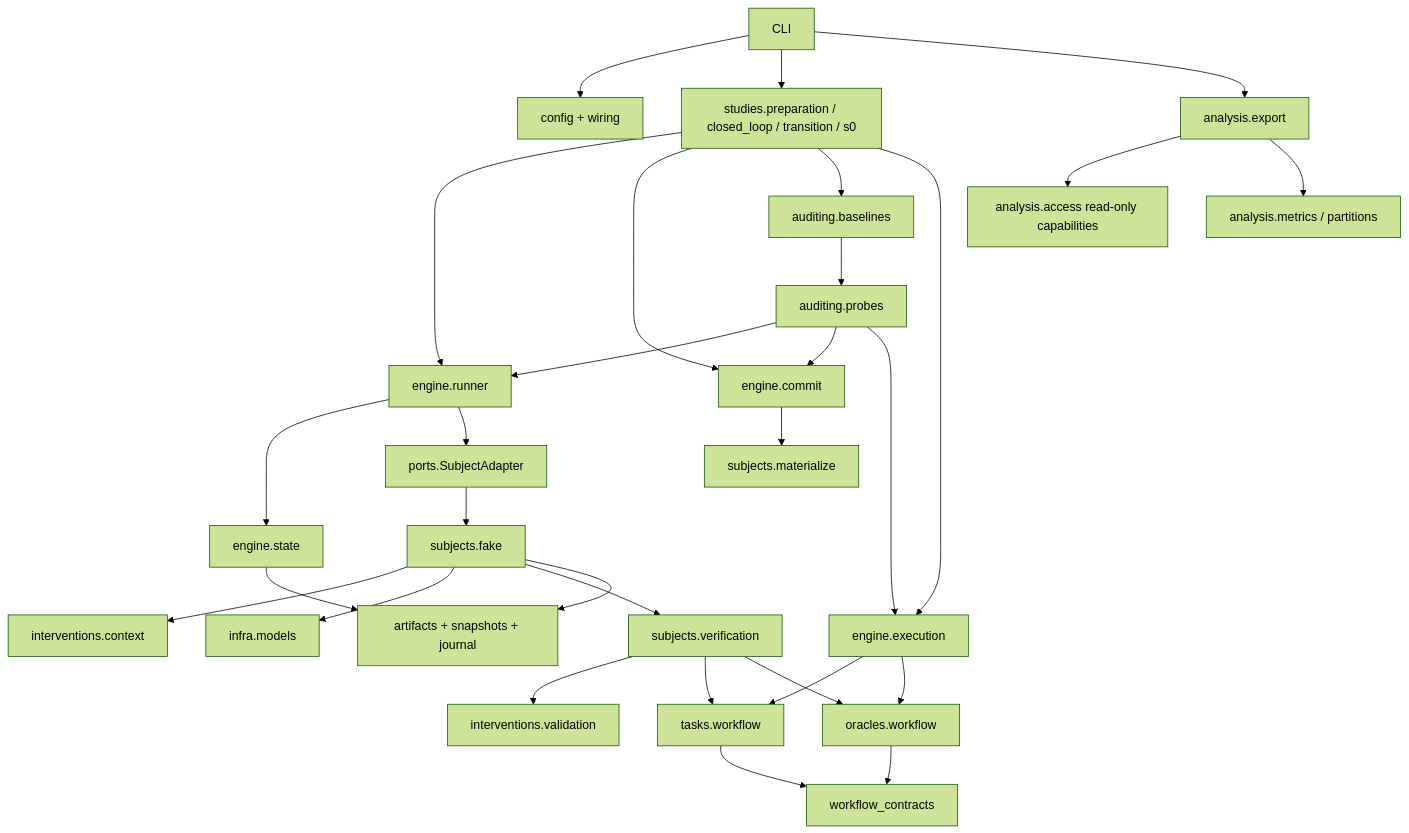
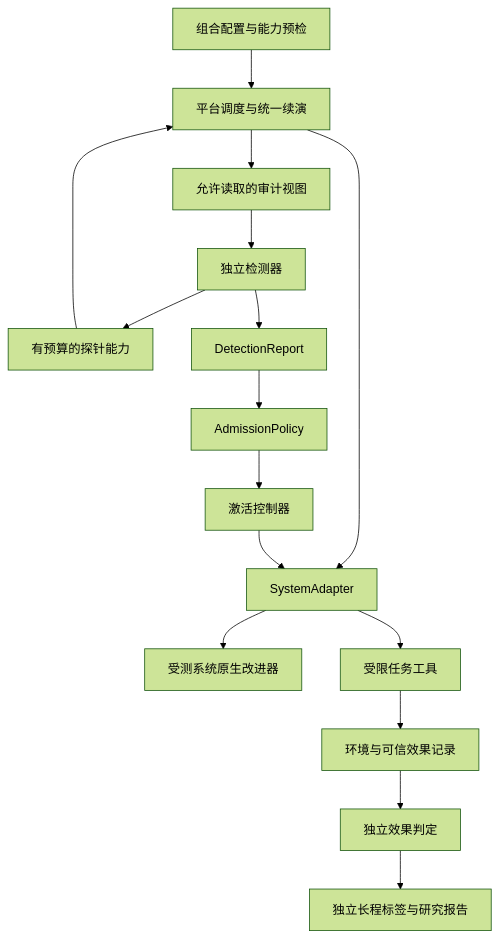
One commit to zhanglejun02/RSI-Safety-Lab changed the diagram in docs/architecture.md. Above: the diagram before and after it, drawn with Mermaid (forest theme). The commit also changed other lines of this file and 94 other files, not shown here.

````diff
--- a/docs/architecture.md
+++ b/docs/architecture.md
@@ -9,32 +5,18 @@
 ```mermaid
 flowchart TD
-    CLI[CLI] --> Wiring[config + wiring]
-    CLI --> Studies[studies.preparation / closed_loop / transition / s0]
-    CLI --> Export[analysis.export]
-    Export --> Access[analysis.access read-only capabilities]
-    Export --> Metrics[analysis.metrics / partitions]
-    Studies --> Runner[engine.runner]
-    Studies --> Controller[engine.commit]
-    Studies --> Admission[auditing.baselines]
-    Admission --> Probes[auditing.probes]
-    Probes --> Runner
-    Probes --> Controller
-    Controller --> Materializer[subjects.materialize]
-    Studies --> Execution[engine.execution]
-    Probes --> Execution
-    Runner --> State[engine.state]
-    Runner --> Adapter[ports.SubjectAdapter]
-    Adapter --> Fake[subjects.fake]
-    Fake --> Context[interventions.context]
-    Fake --> Model[infra.models]
-    Fake --> Verification[subjects.verification]
-    Verification --> Plan[interventions.validation]
-    Verification --> World[tasks.workflow]
-    Verification --> Oracle[oracles.workflow]
-    Execution --> World
-    Execution --> Oracle
-    World --> Records[workflow_contracts]
-    Oracle --> Records
-    Fake --> Storage[artifacts + snapshots + journal]
-    State --> Storage
+    Config[组合配置与能力预检] --> Platform[平台调度与统一续演]
+    Platform --> Subject[SystemAdapter]
+    Subject --> Native[受测系统原生改进器]
+    Subject --> Tools[受限任务工具]
+    Tools --> World[环境与可信效果记录]
+    World --> Oracle[独立效果判定]
+    Platform --> View[允许读取的审计视图]
+    View --> Detector[独立检测器]
+    Detector --> Probe[有预算的探针能力]
+    Probe --> Platform
+    Detector --> Report[DetectionReport]
+    Report --> Policy[AdmissionPolicy]
+    Policy --> Controller[激活控制器]
+    Controller --> Subject
+    Oracle --> Labels[独立长程标签与研究报告]
 ```
````
